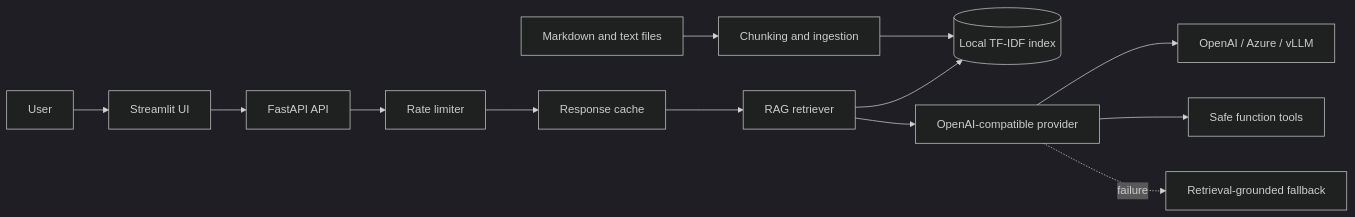
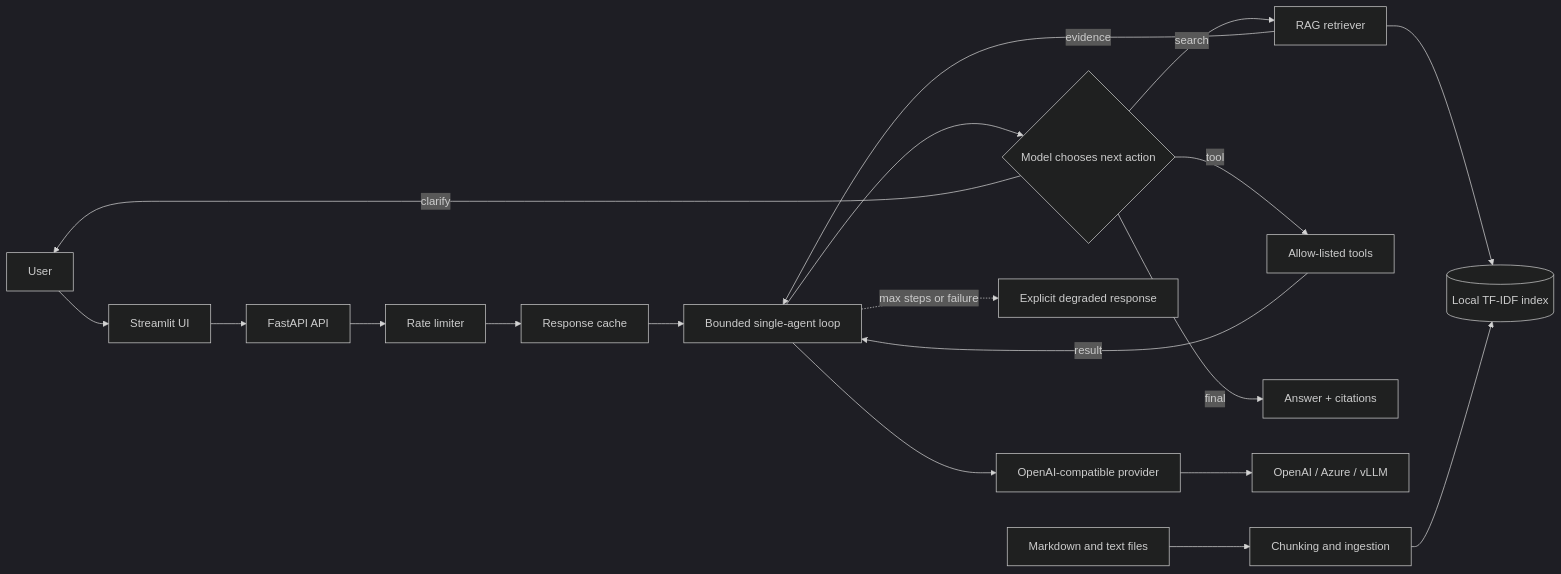
Before and after one commit to bhandariarun/engineering-ai-system: the diagram in docs/architecture.md, drawn with Mermaid (dark theme). The commit also changed other lines of this file and 8 other files, not shown here.

````diff
--- a/docs/architecture.md
+++ b/docs/architecture.md
@@ -3,15 +3,21 @@
 ```mermaid
 flowchart LR
     User[User] --> UI[Streamlit UI]
     UI --> API[FastAPI API]
     API --> Limit[Rate limiter]
     Limit --> Cache[Response cache]
-    Cache --> RAG[RAG retriever]
+    Cache --> Agent[Bounded single-agent loop]
+    Agent --> Decide{Model chooses next action}
+    Decide -->|search| RAG[RAG retriever]
     RAG --> Index[(Local TF-IDF index)]
-    RAG --> Provider[OpenAI-compatible provider]
+    RAG -->|evidence| Agent
+    Decide -->|tool| Tools[Allow-listed tools]
+    Tools -->|result| Agent
+    Decide -->|clarify| User
+    Decide -->|final| Response[Answer + citations]
+    Agent --> Provider[OpenAI-compatible provider]
     Provider --> OpenAI[OpenAI / Azure / vLLM]
-    Provider --> Tools[Safe function tools]
-    Provider -. failure .-> Fallback[Retrieval-grounded fallback]
+    Agent -. max steps or failure .-> Fallback[Explicit degraded response]
     Docs[Markdown and text files] --> Ingest[Chunking and ingestion]
     Ingest --> Index
 ```
````
